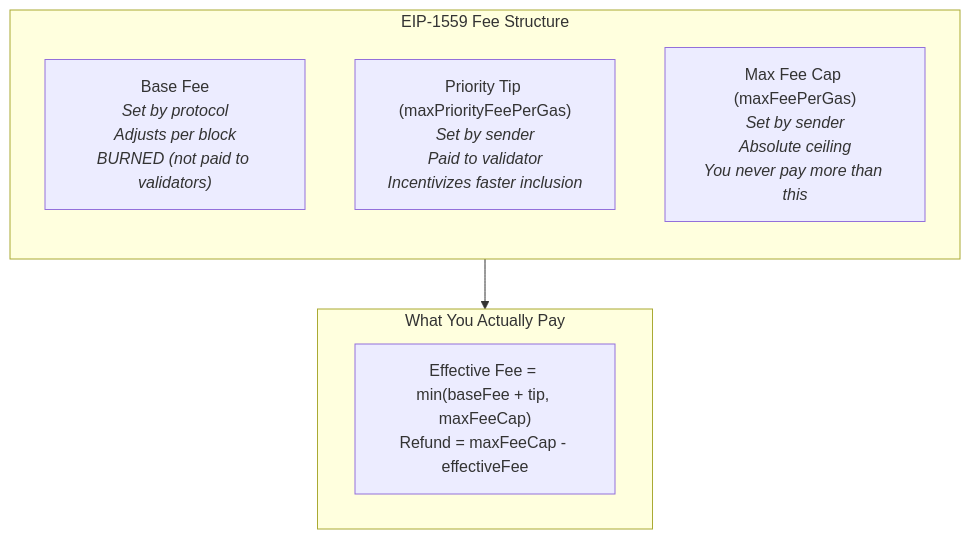
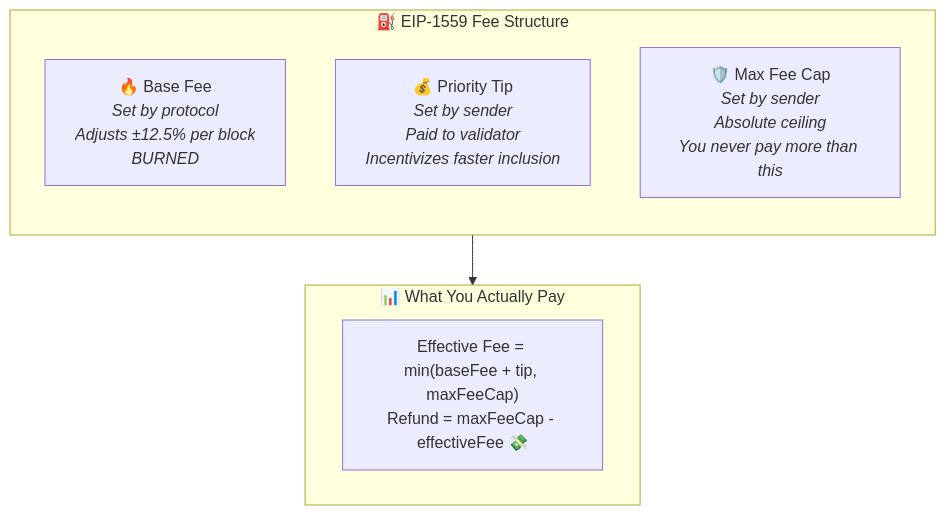
The fourth of 9 diagrams in README.md (Puneethkumarck/stablebridge-tx-recovery), drawn with Mermaid before and after one commit. The commit also changed other lines of this file, not shown here.

````diff
--- a/README.md
+++ b/README.md
@@ -284,15 +346,15 @@
 ```mermaid
 flowchart TB
-    subgraph EIP1559["EIP-1559 Fee Structure"]
+    subgraph EIP1559["⛽ EIP-1559 Fee Structure"]
         direction TB
-        BASE["Base Fee<br/><i>Set by protocol<br/>Adjusts per block<br/>BURNED (not paid to validators)</i>"]
-        TIP["Priority Tip (maxPriorityFeePerGas)<br/><i>Set by sender<br/>Paid to validator<br/>Incentivizes faster inclusion</i>"]
-        CAP["Max Fee Cap (maxFeePerGas)<br/><i>Set by sender<br/>Absolute ceiling<br/>You never pay more than this</i>"]
+        BASE["🔥 Base Fee<br/><i>Set by protocol<br/>Adjusts ±12.5% per block<br/>BURNED</i>"]
+        TIP["💰 Priority Tip<br/><i>Set by sender<br/>Paid to validator<br/>Incentivizes faster inclusion</i>"]
+        CAP["🛡️ Max Fee Cap<br/><i>Set by sender<br/>Absolute ceiling<br/>You never pay more than this</i>"]
     end
 
-    subgraph Actual["What You Actually Pay"]
-        CALC["Effective Fee = min(baseFee + tip, maxFeeCap)<br/>Refund = maxFeeCap - effectiveFee"]
+    subgraph Actual["📊 What You Actually Pay"]
+        CALC["Effective Fee = min(baseFee + tip, maxFeeCap)<br/>Refund = maxFeeCap - effectiveFee 💸"]
     end
 
     EIP1559 --> Actual
 ```
````
